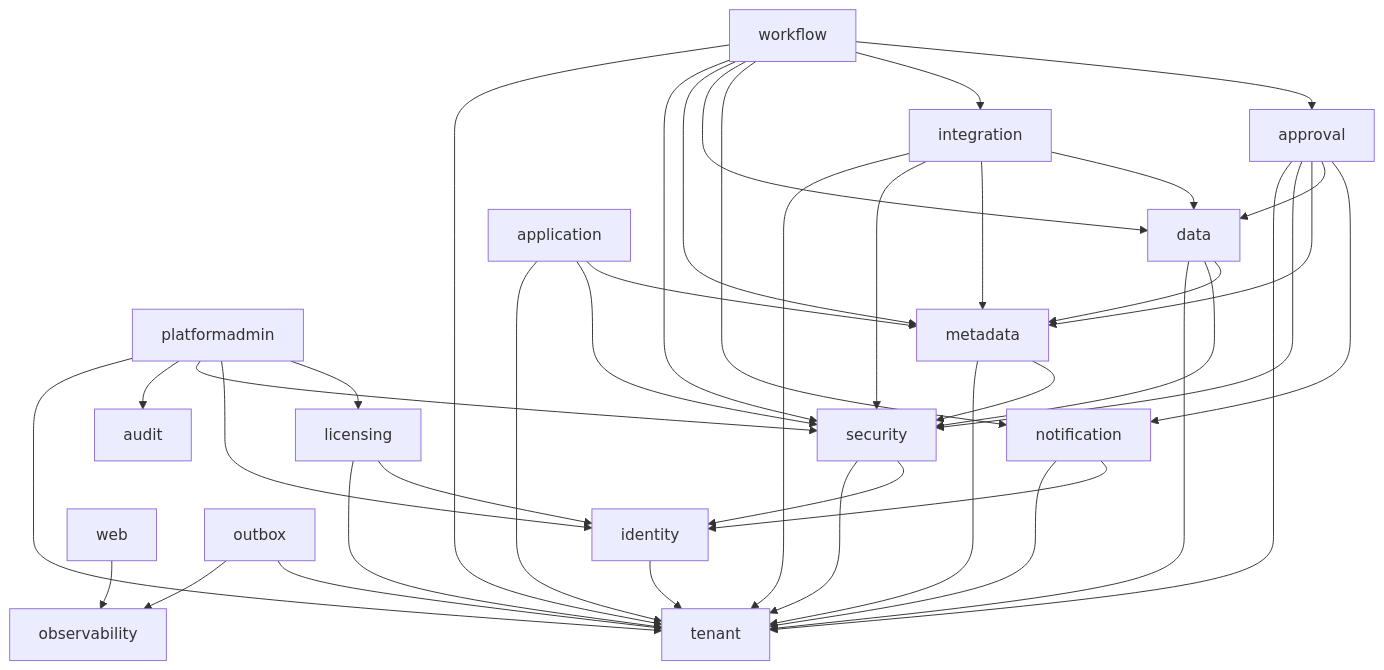
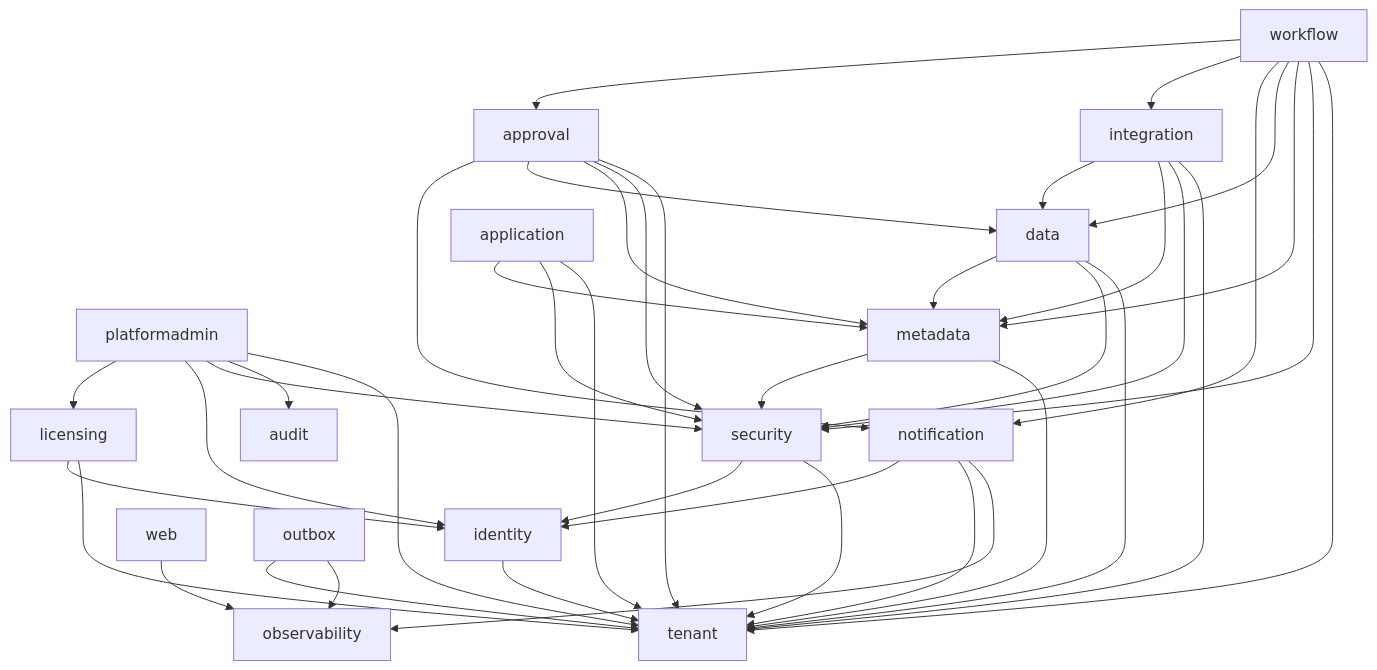
Before and after one commit to JKCloudbridge/SaaSJAVA: the diagram in docs/modules.md, drawn with Mermaid. The commit also changed other lines of this file and 103 other files, not shown here.

````diff
--- a/docs/modules.md
+++ b/docs/modules.md
@@ -30,16 +30,16 @@
 ```mermaid
 graph TD
   platformadmin --> licensing & identity & security & audit & tenant
   workflow --> approval & integration & notification & data & metadata & security & tenant
   approval --> notification & data & metadata & security & tenant
   integration --> data & metadata & security & tenant
   data --> metadata & security & tenant
   application --> metadata & security & tenant
   metadata --> security & tenant
   security --> identity & tenant
   licensing --> identity & tenant
-  notification --> identity & tenant
+  notification --> identity & tenant & observability
   identity --> tenant
   web --> observability
   outbox --> tenant & observability
 ```
````
